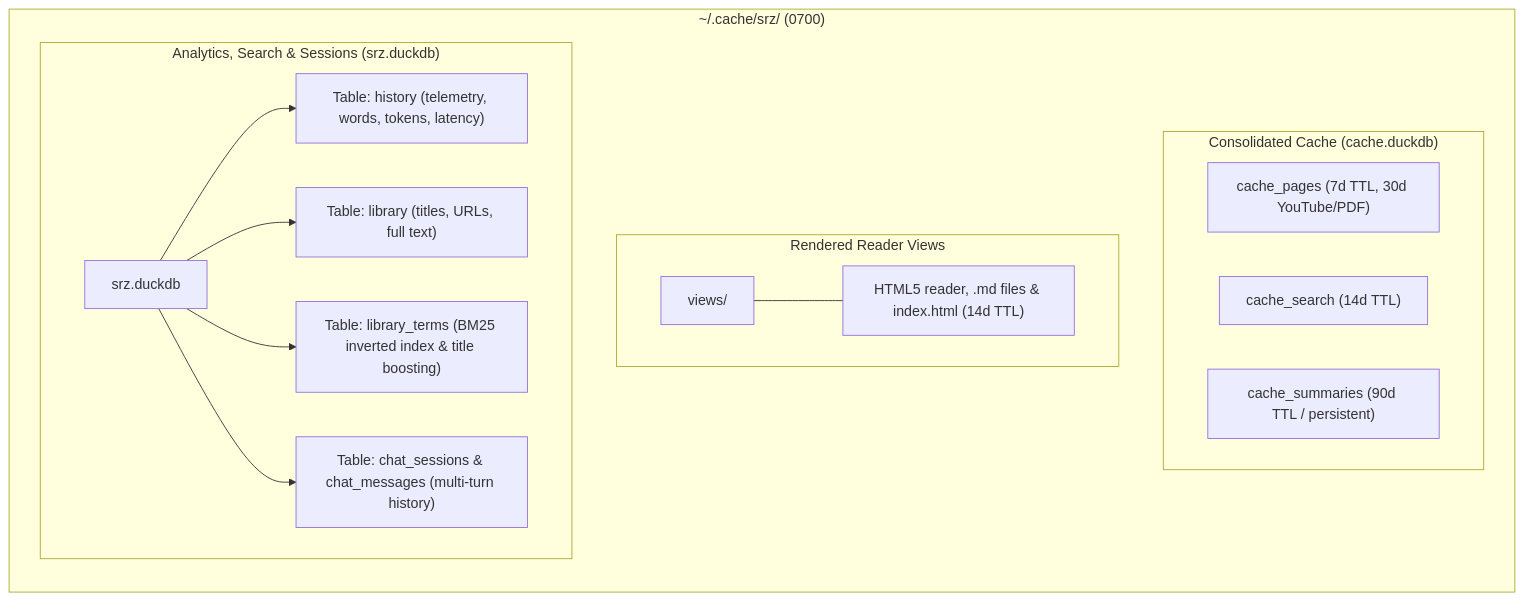
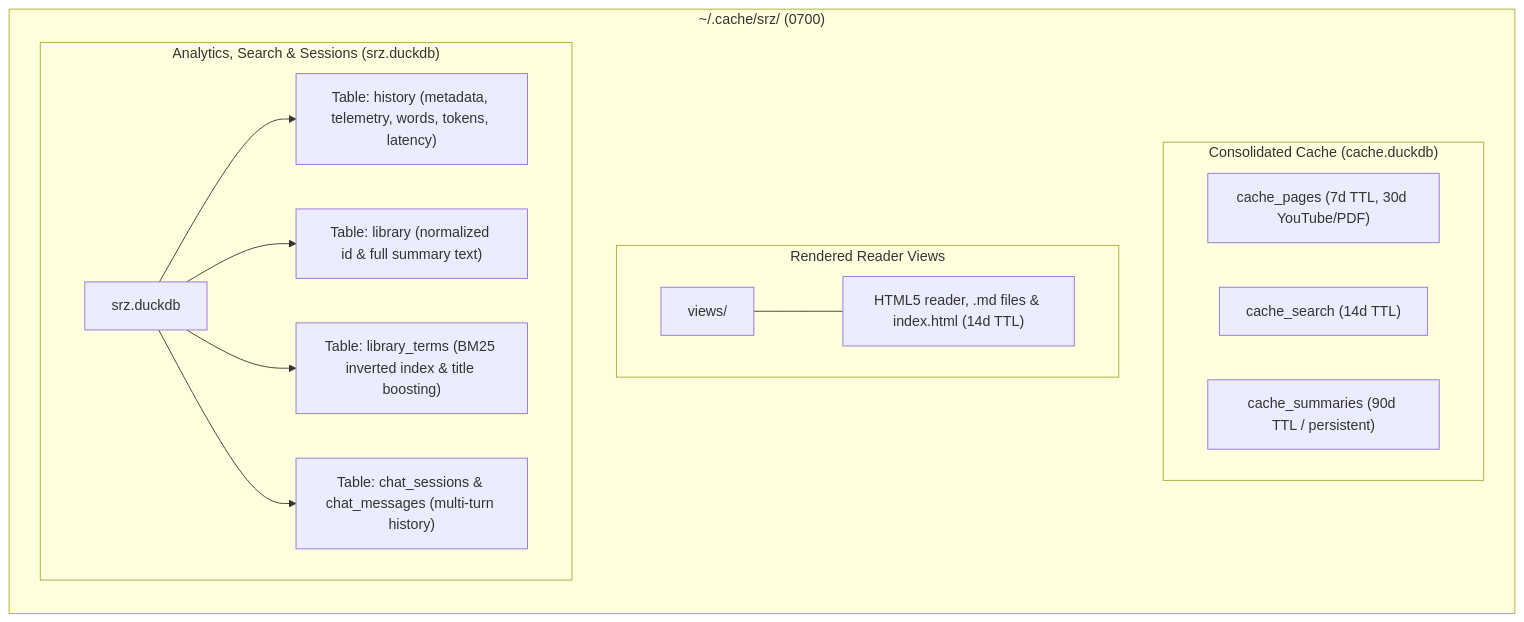
Before and after one commit to NewGuy012/srz: the third of 3 diagrams in docs/OVERVIEW.md, drawn with Mermaid. The commit also changed other lines of this file and 1 other file, not shown here.

Commit message:
docs: update README and OVERVIEW for architectural and CLI improvements

````diff
--- a/docs/OVERVIEW.md
+++ b/docs/OVERVIEW.md
@@ -151,20 +153,20 @@
 ```mermaid
 graph LR
     subgraph Root["~/.cache/srz/ (0700)"]
         subgraph CacheEngine["Consolidated Cache (cache.duckdb)"]
             CP["cache_pages (7d TTL, 30d YouTube/PDF)"]
             CS["cache_search (14d TTL)"]
             CM["cache_summaries (90d TTL / persistent)"]
         end
         subgraph ViewsDir["Rendered Reader Views"]
             V["views/"] --- V_desc["HTML5 reader, .md files & index.html (14d TTL)"]
         end
         subgraph LibraryDB["Analytics, Search & Sessions (srz.duckdb)"]
             D["srz.duckdb"]
-            D --> T1["Table: history (telemetry, words, tokens, latency)"]
-            D --> T2["Table: library (titles, URLs, full text)"]
+            D --> T1["Table: history (metadata, telemetry, words, tokens, latency)"]
+            D --> T2["Table: library (normalized id & full summary text)"]
             D --> T3["Table: library_terms (BM25 inverted index & title boosting)"]
             D --> T4["Table: chat_sessions & chat_messages (multi-turn history)"]
         end
     end
 ```
````
